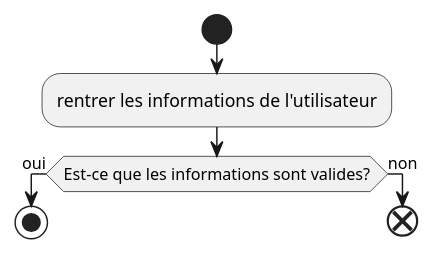
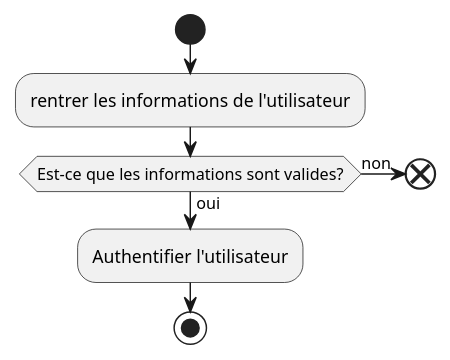
The diagram in Doolys/1_Analyse/UseCases/UC01.md (MainKarl/Rooftop), drawn with PlantUML before and after one commit. The commit also changed 11 other files, not shown here.

````diff
--- a/Doolys/1_Analyse/UseCases/UC01.md
+++ b/Doolys/1_Analyse/UseCases/UC01.md
@@ -17,8 +17,9 @@
 ```plantuml
 start
 :rentrer les informations de l'utilisateur;
 if (Est-ce que les informations sont valides?) then (oui)
+    :Authentifier l'utilisateur;
     stop
 else (non)
     end
 ```
````
